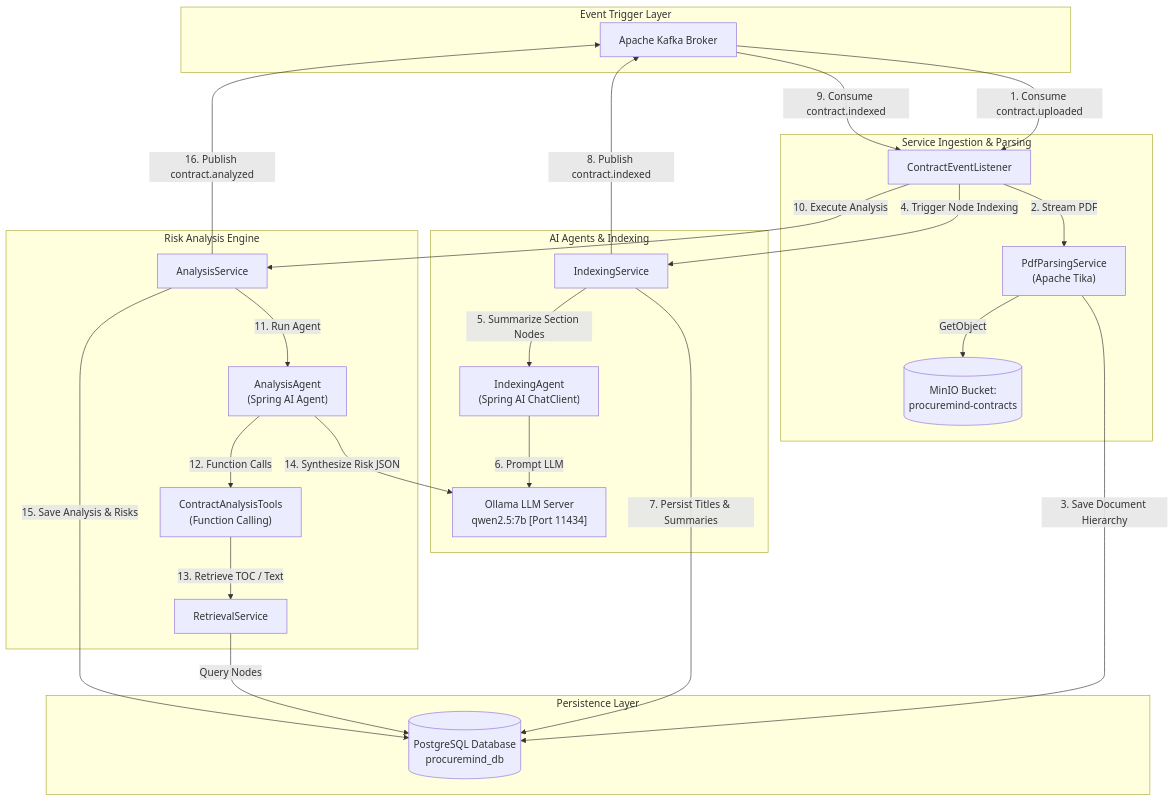
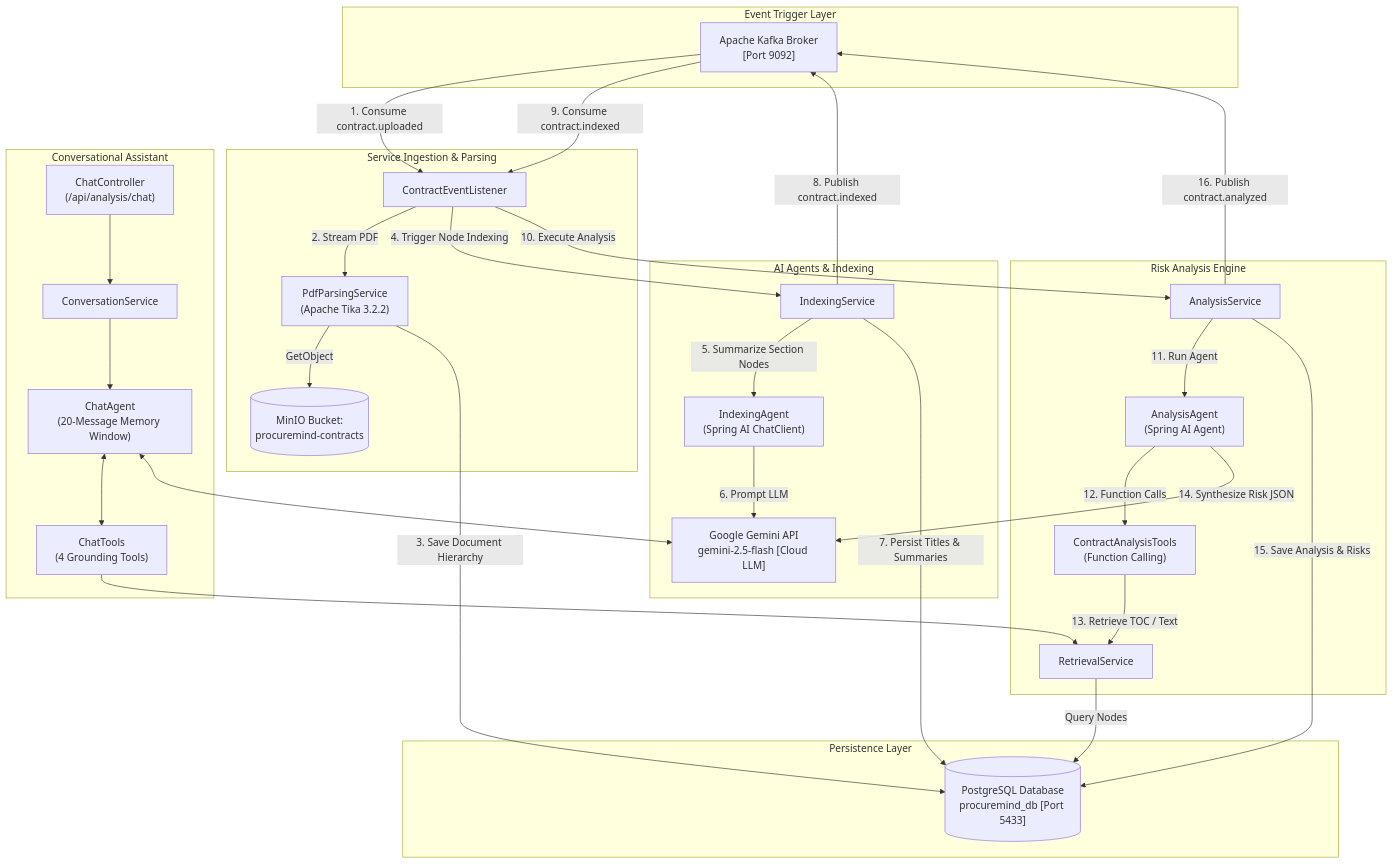
The diagram in ai-service/README.md (171801rohith/ProcureMind), drawn with Mermaid before and after one commit. The commit also changed other lines of this file and 36 other files, not shown here.

````diff
--- a/ai-service/README.md
+++ b/ai-service/README.md
@@ -11,50 +11,63 @@
 ```mermaid
 flowchart TB
     subgraph Event Trigger Layer
-        KAFKA["Apache Kafka Broker"]
+        KAFKA["Apache Kafka Broker\n[Port 9092]"]
     end
 
     subgraph Service Ingestion & Parsing
         LISTEN["ContractEventListener"]
-        PARSER["PdfParsingService\n(Apache Tika)"]
+        PARSER["PdfParsingService\n(Apache Tika 3.2.2)"]
         MINIO[("MinIO Bucket:\nprocuremind-contracts")]
     end
 
     subgraph AI Agents & Indexing
         IDX_SVC["IndexingService"]
         IDX_AGENT["IndexingAgent\n(Spring AI ChatClient)"]
-        OLLAMA["Ollama LLM Server\nqwen2.5:7b [Port 11434]"]
+        GEMINI["Google Gemini API\ngemini-2.5-flash [Cloud LLM]"]
     end
 
     subgraph Risk Analysis Engine
         ANA_SVC["AnalysisService"]
         ANA_AGENT["AnalysisAgent\n(Spring AI Agent)"]
         TOOLS["ContractAnalysisTools\n(Function Calling)"]
         RETRIEVAL["RetrievalService"]
     end
 
+    subgraph Conversational Assistant
+        CHAT_CTRL["ChatController\n(/api/analysis/chat)"]
+        CONV_SVC["ConversationService"]
+        CHAT_AGENT["ChatAgent\n(20-Message Memory Window)"]
+        CHAT_TOOLS["ChatTools\n(4 Grounding Tools)"]
+    end
+
     subgraph Persistence Layer
-        DB[("PostgreSQL Database\nprocuremind_db")]
+        DB[("PostgreSQL Database\nprocuremind_db [Port 5433]")]
     end
 
     KAFKA -->|1. Consume contract.uploaded| LISTEN
     LISTEN -->|2. Stream PDF| PARSER
     PARSER -->|GetObject| MINIO
     PARSER -->|3. Save Document Hierarchy| DB
 
     LISTEN -->|4. Trigger Node Indexing| IDX_SVC
     IDX_SVC -->|5. Summarize Section Nodes| IDX_AGENT
-    IDX_AGENT -->|6. Prompt LLM| OLLAMA
+    IDX_AGENT -->|6. Prompt LLM| GEMINI
     IDX_SVC -->|7. Persist Titles & Summaries| DB
     IDX_SVC -->|8. Publish contract.indexed| KAFKA
 
     KAFKA -->|9. Consume contract.indexed| LISTEN
     LISTEN -->|10. Execute Analysis| ANA_SVC
     ANA_SVC -->|11. Run Agent| ANA_AGENT
     ANA_AGENT -->|12. Function Calls| TOOLS
     TOOLS -->|13. Retrieve TOC / Text| RETRIEVAL
     RETRIEVAL -->|Query Nodes| DB
-    ANA_AGENT -->|14. Synthesize Risk JSON| OLLAMA
+    ANA_AGENT -->|14. Synthesize Risk JSON| GEMINI
     ANA_SVC -->|15. Save Analysis & Risks| DB
     ANA_SVC -->|16. Publish contract.analyzed| KAFKA
+
+    CHAT_CTRL --> CONV_SVC
+    CONV_SVC --> CHAT_AGENT
+    CHAT_AGENT <--> CHAT_TOOLS
+    CHAT_TOOLS --> RETRIEVAL
+    CHAT_AGENT <--> GEMINI
 ```
````
